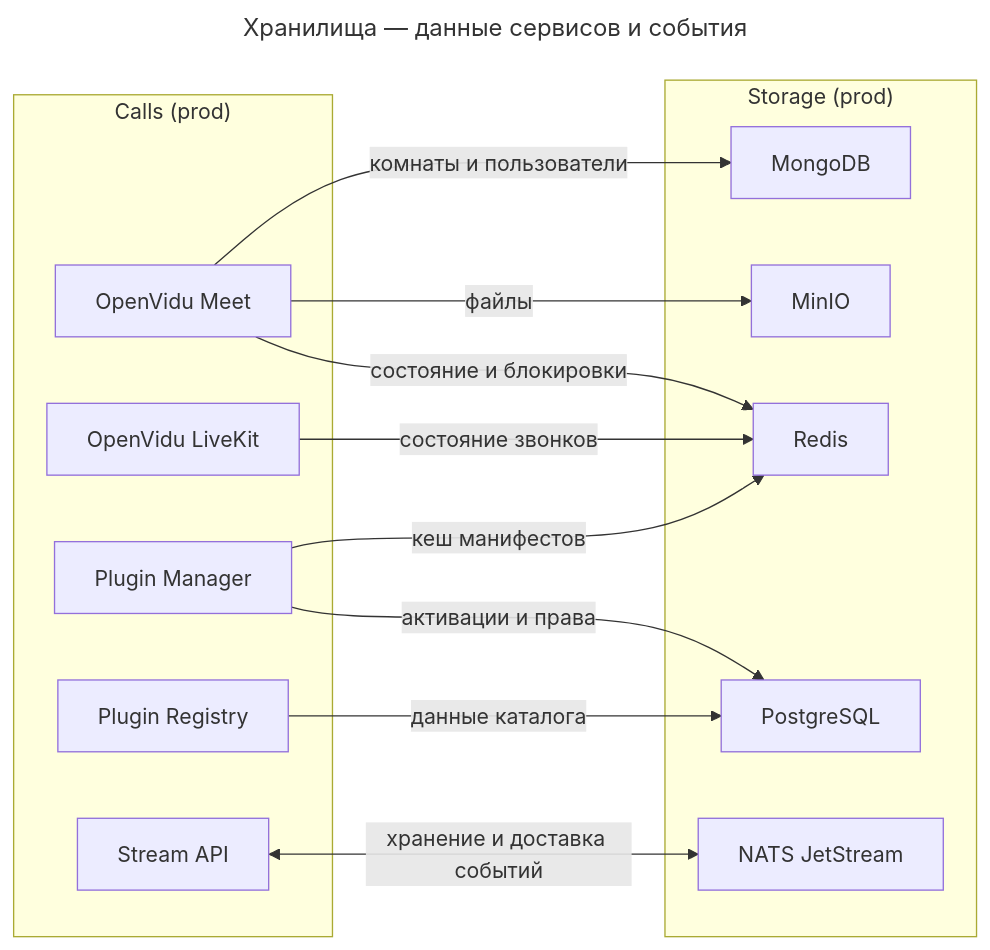
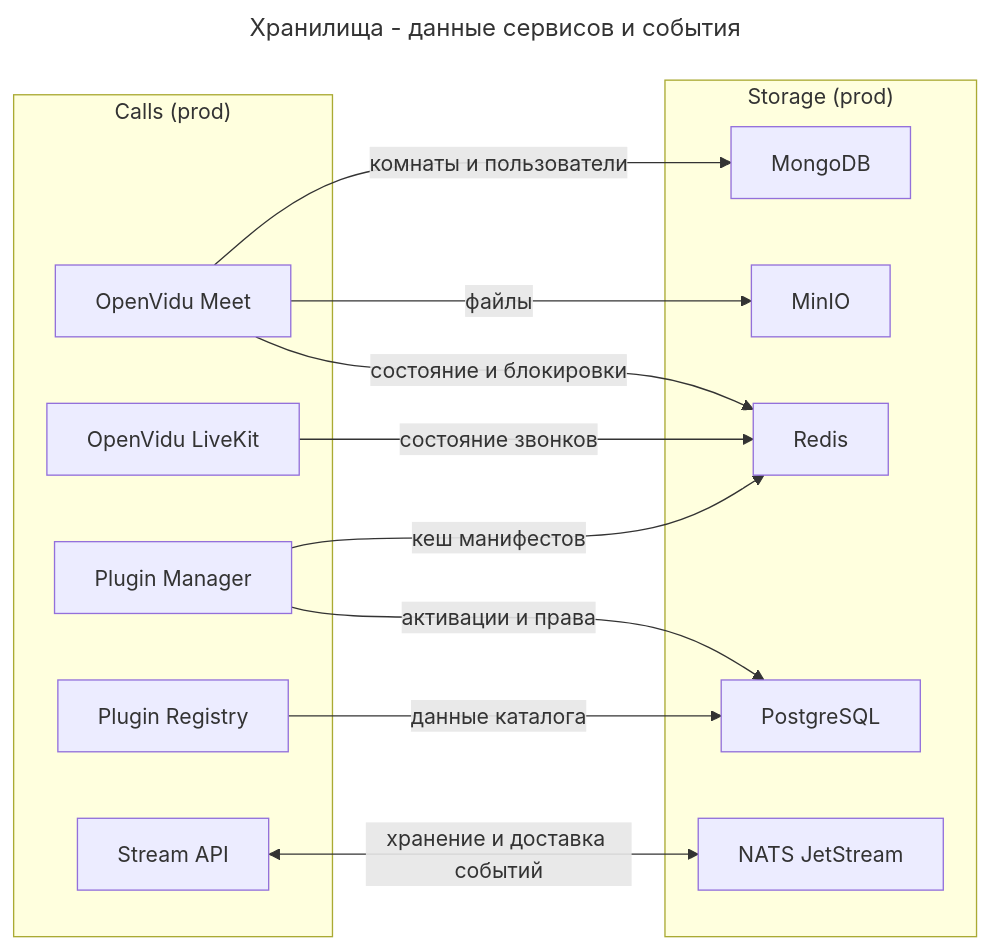
Before and after one commit to dwspurpleteam/deployer: the third of 3 diagrams in README.md, drawn with Mermaid. The commit also changed other lines of this file, not shown here.

Commit message:
Use hyphens in diagram titles

````diff
--- a/README.md
+++ b/README.md
@@ -58,30 +58,30 @@
 ```mermaid
 ---
-title: Хранилища — данные сервисов и события
+title: Хранилища - данные сервисов и события
 ---
 flowchart LR
   subgraph calls_storage["Calls (prod)"]
     meet[OpenVidu Meet]
     openvidu[OpenVidu LiveKit]
     manager[Plugin Manager]
     registry[Plugin Registry]
     streamapi[Stream API]
   end
 
   subgraph storage["Storage (prod)"]
     mongodb[MongoDB]
     minio[MinIO]
     redis[Redis]
     postgres[PostgreSQL]
     nats["NATS JetStream"]
   end
 
   meet -->|комнаты и пользователи| mongodb
   meet -->|файлы| minio
   meet -->|состояние и блокировки| redis
   openvidu -->|состояние звонков| redis
   manager -->|кеш манифестов| redis
   manager -->|активации и права| postgres
   registry -->|данные каталога| postgres
   streamapi <-->|хранение и доставка событий| nats
 ```
````
